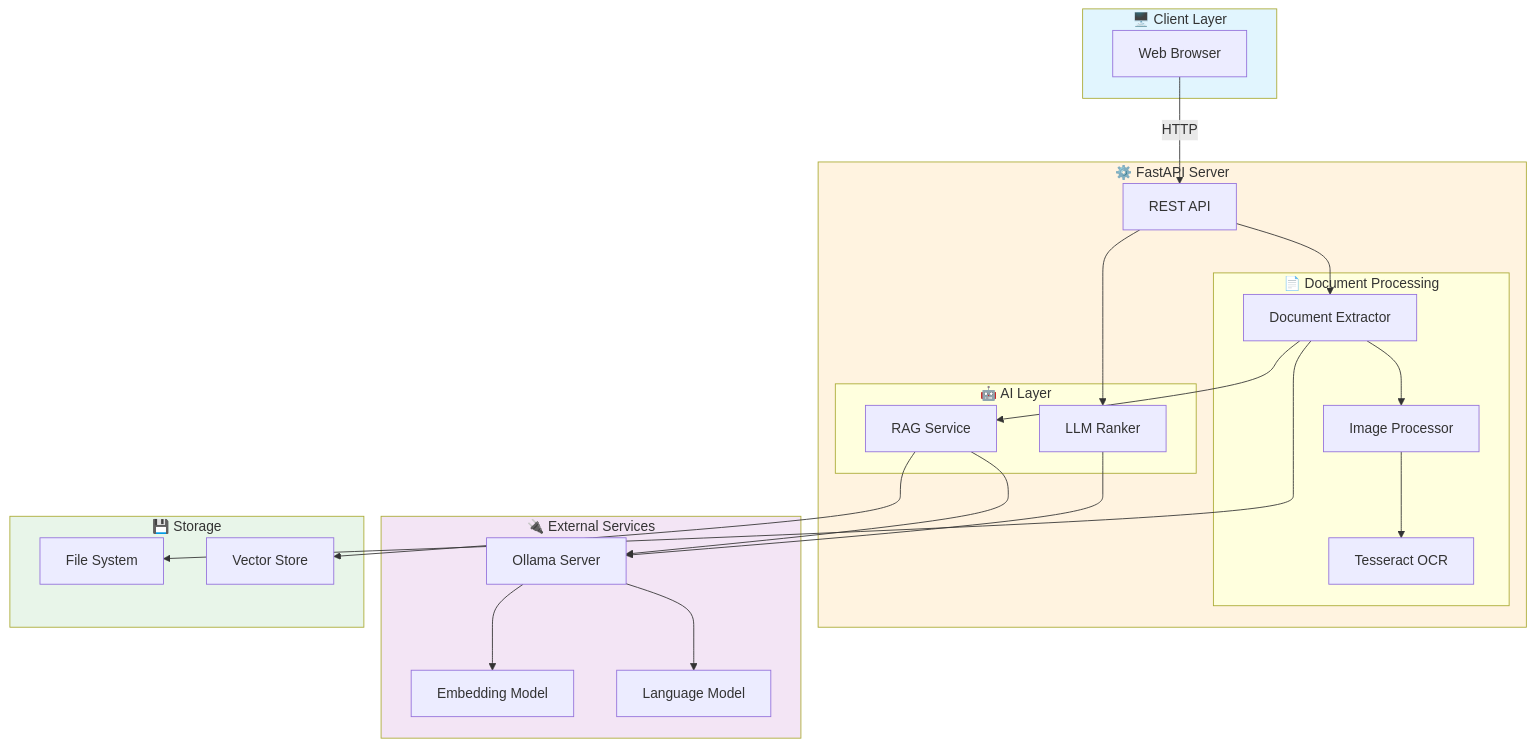
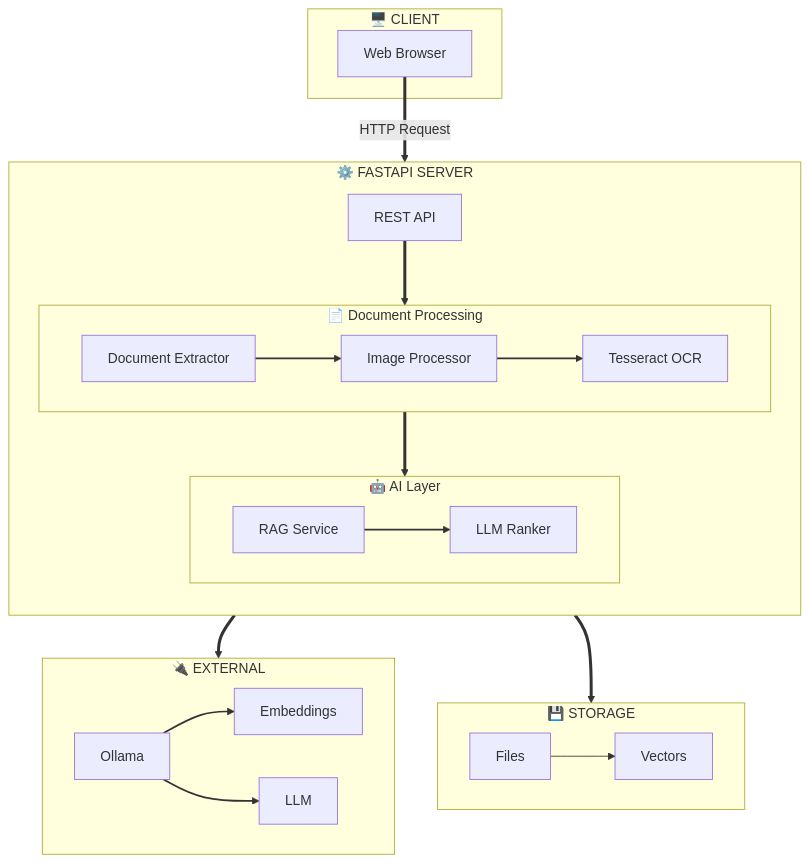
One commit to Pradnesh23/AuraAi changed the first of 4 diagrams in README.md. Above: the diagram before and after it, drawn with Mermaid.

Commit message:
Improve architecture diagram with visible arrows and mixed layout

````diff
--- a/README.md
+++ b/README.md
@@ -19,50 +19,40 @@
 ```mermaid
-graph TB
-    subgraph Client["🖥️ Client Layer"]
+flowchart TB
+    subgraph Client["🖥️ CLIENT"]
         UI[Web Browser]
     end
 
-    subgraph Server["⚙️ FastAPI Server"]
+    subgraph Server["⚙️ FASTAPI SERVER"]
+        direction TB
         API[REST API]
         
-        subgraph DocProcess["📄 Document Processing"]
-            DE[Document Extractor]
-            IP[Image Processor]
-            OCR[Tesseract OCR]
+        subgraph Processing["📄 Document Processing"]
+            direction LR
+            DE[Document Extractor] --> IP[Image Processor] --> OCR[Tesseract OCR]
         end
         
-        subgraph AI["🤖 AI Layer"]
-            RAG[RAG Service]
-            LLM[LLM Ranker]
+        subgraph Intelligence["🤖 AI Layer"]
+            direction LR
+            RAG[RAG Service] --> LLM[LLM Ranker]
         end
     end
 
-    subgraph External["🔌 External Services"]
-        OL[Ollama Server]
-        EM[Embedding Model]
-        LM[Language Model]
+    subgraph External["🔌 EXTERNAL"]
+        direction LR
+        OL[Ollama] --> EM[Embeddings]
+        OL --> LM[LLM]
     end
 
-    subgraph Storage["💾 Storage"]
-        FS[File System]
-        VS[Vector Store]
+    subgraph Storage["💾 STORAGE"]
+        direction LR
+        FS[Files] --> VS[Vectors]
     end
 
-    UI -->|HTTP| API
-    API --> DE
-    DE --> IP
-    IP --> OCR
-    DE --> RAG
-    RAG --> OL
-    OL --> EM
-    API --> LLM
-    LLM --> OL
-    OL --> LM
-    DE --> FS
-    RAG --> VS
+    UI ==>|HTTP Request| API
+    API ==> Processing
+    Processing ==> Intelligence
+    Intelligence ==> External
+    Processing ==> Storage
 
-    style Client fill:#e1f5fe
-    style Server fill:#fff3e0
-    style External fill:#f3e5f5
-    style Storage fill:#e8f5e9
+    linkStyle 0,1,2,3,4 stroke:#333,stroke-width:2px
 ```
````
